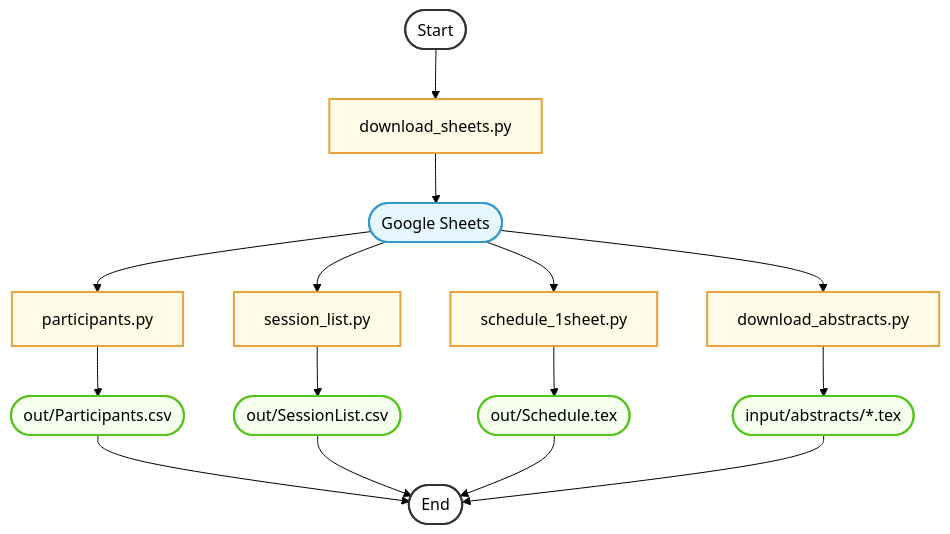
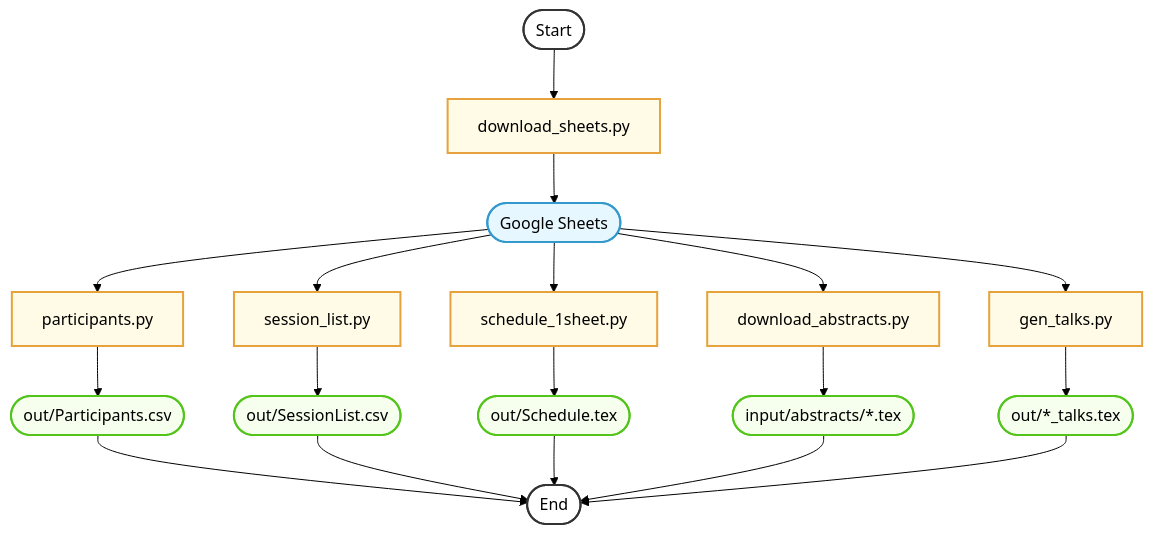
Before and after one commit to fjhickernell/MCM-2025-Program: the diagram in preprocess/README.md, drawn with Mermaid (forest theme). The commit also changed 6 other files, not shown here.

````diff
--- a/preprocess/README.md
+++ b/preprocess/README.md
@@ -61,54 +61,61 @@
 ```mermaid
 flowchart TD
     Start([Start])
     End([End])
 
     %% Set node colors
     style Start fill:#fff,stroke:#333,stroke-width:2px
     style End fill:#fff,stroke:#333,stroke-width:2px
 
     %% Input files
     A3([Google Sheets])
     style A3 fill:#e6f7ff,stroke:#3399cc,stroke-width:2px
 
     %% Python scripts in preprocess (without util.py, config.py, and schedule_joinfiles.py)
     B3[download_sheets.py]
     B6[schedule_1sheet.py]
     B5[session_list.py]
     B4[participants.py]
 	B7[download_abstracts.py]
+    B8[gen_talks.py]
     style B3 fill:#fffbe6,stroke:#e6a23c,stroke-width:2px
     style B4 fill:#fffbe6,stroke:#e6a23c,stroke-width:2px
     style B5 fill:#fffbe6,stroke:#e6a23c,stroke-width:2px
     style B6 fill:#fffbe6,stroke:#e6a23c,stroke-width:2px
 	style B7 fill:#fffbe6,stroke:#e6a23c,stroke-width:2px
+    style B8 fill:#fffbe6,stroke:#e6a23c,stroke-width:2px
 
     %% Outputs
     O1([out/Participants.csv])
     O2([out/SessionList.csv])
     O4([out/Schedule.tex])
 	O5([input/abstracts/*.tex])
+    O6([out/*_talks.tex])
     style O1 fill:#f6ffed,stroke:#52c41a,stroke-width:2px
     style O2 fill:#f6ffed,stroke:#52c41a,stroke-width:2px
     style O4 fill:#f6ffed,stroke:#52c41a,stroke-width:2px
 	style O5 fill:#f6ffed,stroke:#52c41a,stroke-width:2px
+    style O6 fill:#f6ffed,stroke:#52c41a,stroke-width:2px
 
     %% Flow
     Start --> B3
     B3 --> A3
     A3 --> B5
     A3 --> B4
     A3 --> B6
-	A3 -->  B7
+	A3 --> B7
+    A3 --> B8
 
     B4 --> O1
     B5 --> O2
     B6 --> O4
 	B7 --> O5
+    B8 --> O6
 
     O1 --> End
     O2 --> End
     O4 --> End
 	O5 --> End
+    O6 --> End
 
 ```
````
